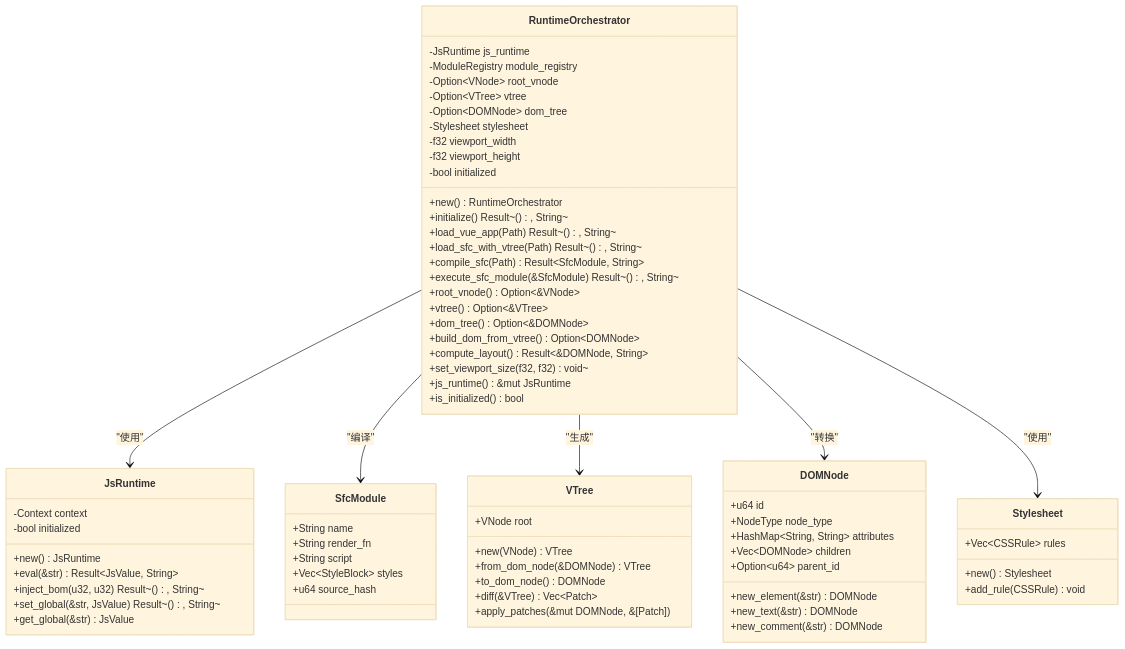
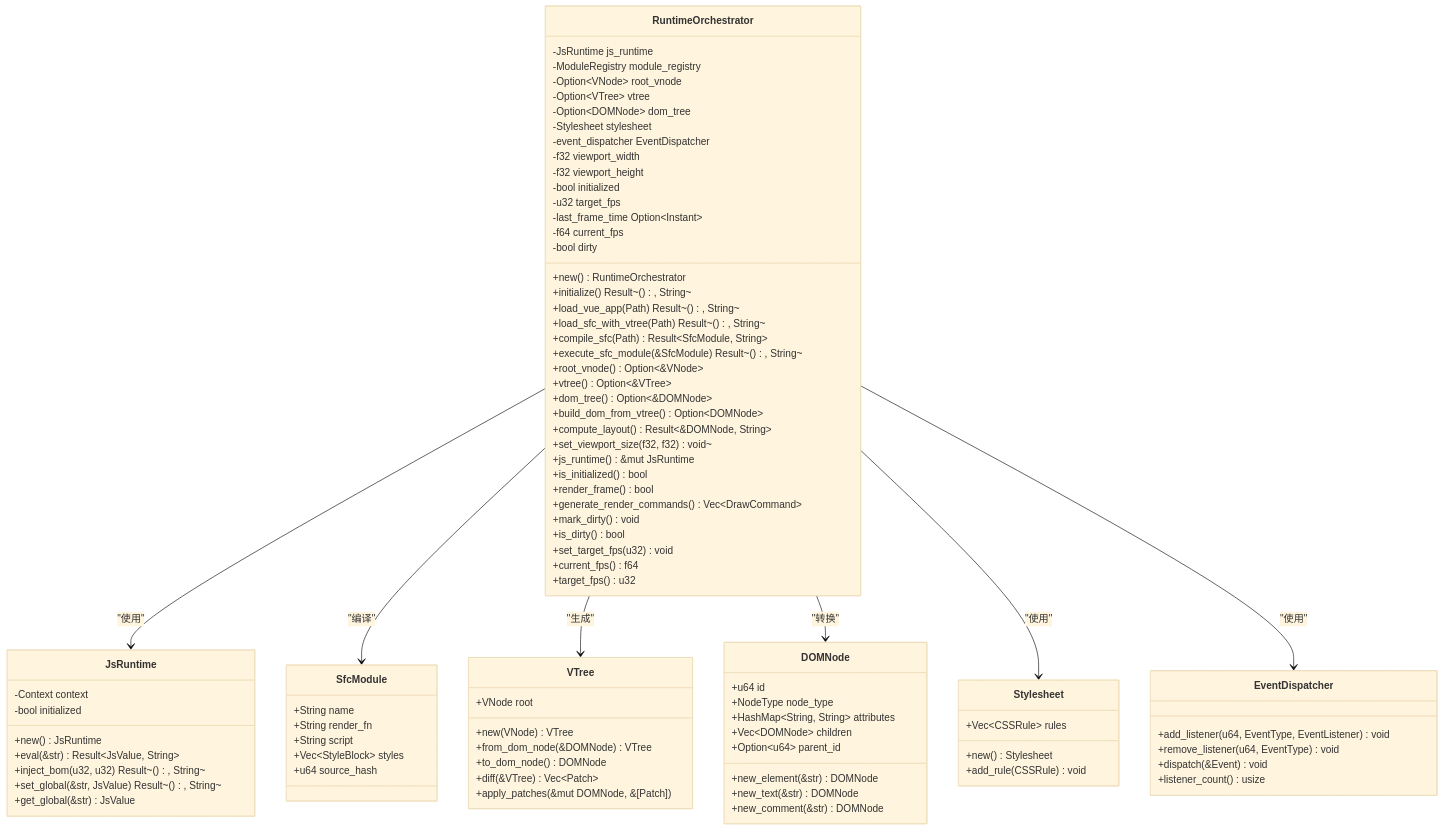
One commit to itszzl-sudo/iris changed the second of 14 diagrams in .qoder/repowiki/zh/content/技术架构详解/整体架构设计/Iris运行时协调器.md. Above: the diagram before and after it, drawn with Mermaid (base theme). The commit also changed other lines of this file and 6 other files, not shown here.

````diff
--- a/.qoder/repowiki/zh/content/技术架构详解/整体架构设计/Iris运行时协调器.md
+++ b/.qoder/repowiki/zh/content/技术架构详解/整体架构设计/Iris运行时协调器.md
@@ -121,9 +112,14 @@
 -Option~VTree~ vtree
 -Option~DOMNode~ dom_tree
 -Stylesheet stylesheet
+-event_dispatcher EventDispatcher
 -f32 viewport_width
 -f32 viewport_height
 -bool initialized
+-u32 target_fps
+-last_frame_time Option~Instant~
+-f64 current_fps
+-bool dirty
 +new() RuntimeOrchestrator
 +initialize() Result~(), String~
 +load_vue_app(Path) Result~(), String~
@@ -138,6 +134,13 @@
 +set_viewport_size(f32, f32) void~
 +js_runtime() &mut JsRuntime
 +is_initialized() bool
++render_frame() bool
++generate_render_commands() Vec~DrawCommand~
++mark_dirty() void
++is_dirty() bool
++set_target_fps(u32) void
++current_fps() f64
++target_fps() u32
 }
 class JsRuntime {
 -Context context
@@ -178,9 +181,16 @@
 +new() Stylesheet
 +add_rule(CSSRule) void
 }
+class EventDispatcher {
++add_listener(u64, EventType, EventListener) void
++remove_listener(u64, EventType) void
++dispatch(&Event) void
++listener_count() usize
+}
 RuntimeOrchestrator --> JsRuntime : "使用"
 RuntimeOrchestrator --> SfcModule : "编译"
 RuntimeOrchestrator --> VTree : "生成"
 RuntimeOrchestrator --> DOMNode : "转换"
 RuntimeOrchestrator --> Stylesheet : "使用"
+RuntimeOrchestrator --> EventDispatcher : "使用"
 ```
````
